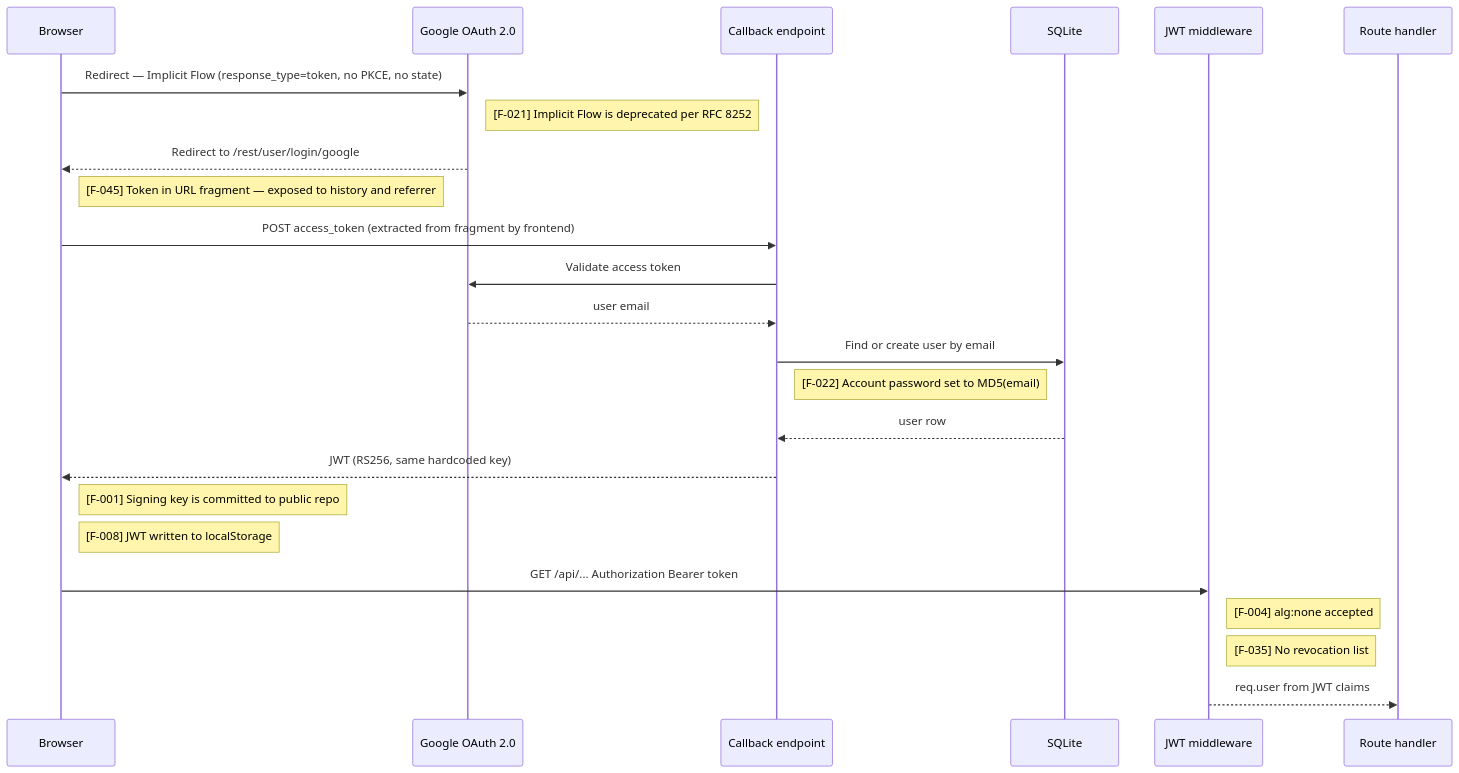
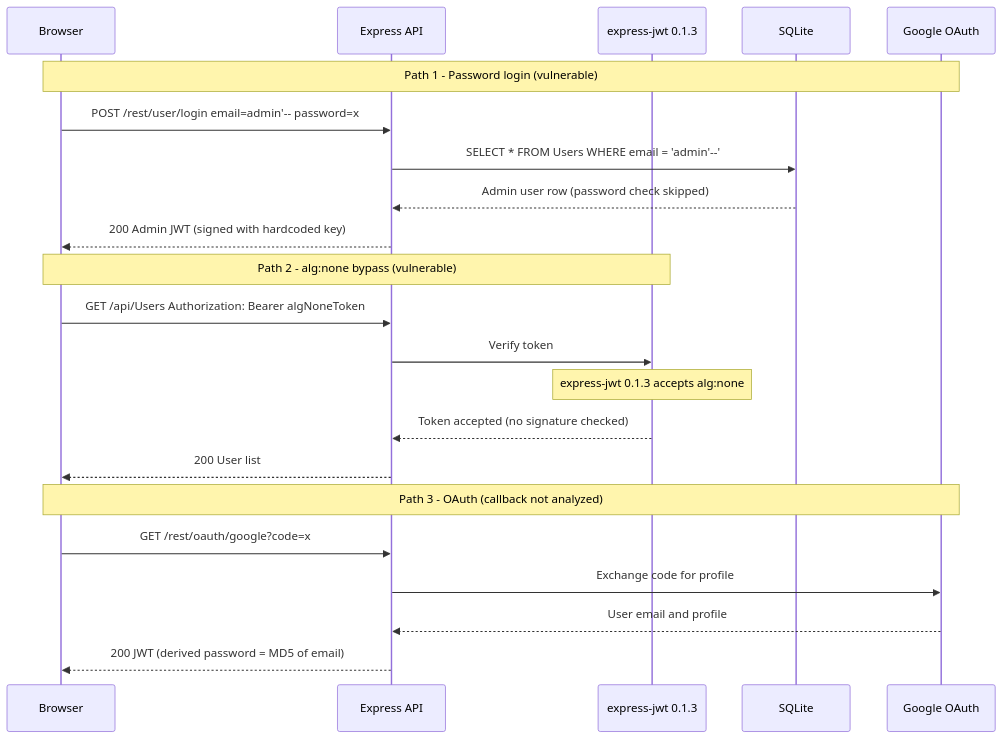
One commit to appsec-foundry/appsec-advisor changed diagram 17 of 17 in examples/juice-shop/threat-model-juiceshop-thorough.md. Above: the diagram before and after it, drawn with Mermaid. The commit also changed other lines of this file and 12 other files, not shown here.

Commit message:
new schema & quality enforcement implemented

````diff
--- a/examples/juice-shop/threat-model-juiceshop-thorough.md
+++ b/examples/juice-shop/threat-model-juiceshop-thorough.md
@@ -833,31 +1051,27 @@
 ```mermaid
 sequenceDiagram
-    participant B as Browser
-    participant G as Google OAuth 2.0
-    participant CB as Callback endpoint
+    participant Browser
+    participant ExpressAPI as Express API
+    participant JWT as express-jwt 0.1.3
     participant DB as SQLite
-    participant MW as JWT middleware
-    participant R as Route handler
+    participant Google as Google OAuth
 
-    B->>G: Redirect — Implicit Flow (response_type=token, no PKCE, no state)
-    Note right of G: [F-021] Implicit Flow is deprecated per RFC 8252
-    G-->>B: Redirect to /rest/user/login/google#access_token=...
-    Note right of B: [F-045] Token in URL fragment — exposed to history and referrer
+    Note over Browser,Google: Path 1 - Password login (vulnerable)
+    Browser->>ExpressAPI: POST /rest/user/login email=admin'-- password=x
+    ExpressAPI->>DB: SELECT * FROM Users WHERE email = 'admin'--'
+    DB-->>ExpressAPI: Admin user row (password check skipped)
+    ExpressAPI-->>Browser: 200 Admin JWT (signed with hardcoded key)
 
-    B->>CB: POST access_token (extracted from fragment by frontend)
-    CB->>G: Validate access token
-    G-->>CB: user email
+    Note over Browser,JWT: Path 2 - alg:none bypass (vulnerable)
+    Browser->>ExpressAPI: GET /api/Users Authorization: Bearer algNoneToken
+    ExpressAPI->>JWT: Verify token
+    Note over JWT: express-jwt 0.1.3 accepts alg:none
+    JWT-->>ExpressAPI: Token accepted (no signature checked)
+    ExpressAPI-->>Browser: 200 User list
 
-    CB->>DB: Find or create user by email
-    Note right of CB: [F-022] Account password set to MD5(email)
-    DB-->>CB: user row
-
-    CB-->>B: JWT (RS256, same hardcoded key)
-    Note right of B: [F-001] Signing key is committed to public repo
-    Note right of B: [F-008] JWT written to localStorage
-
-    B->>MW: GET /api/... Authorization Bearer token
-    Note right of MW: [F-004] alg:none accepted
-    Note right of MW: [F-035] No revocation list
-    MW-->>R: req.user from JWT claims
+    Note over Browser,Google: Path 3 - OAuth (callback not analyzed)
+    Browser->>ExpressAPI: GET /rest/oauth/google?code=x
+    ExpressAPI->>Google: Exchange code for profile
+    Google-->>ExpressAPI: User email and profile
+    ExpressAPI-->>Browser: 200 JWT (derived password = MD5 of email)
 ```
````
